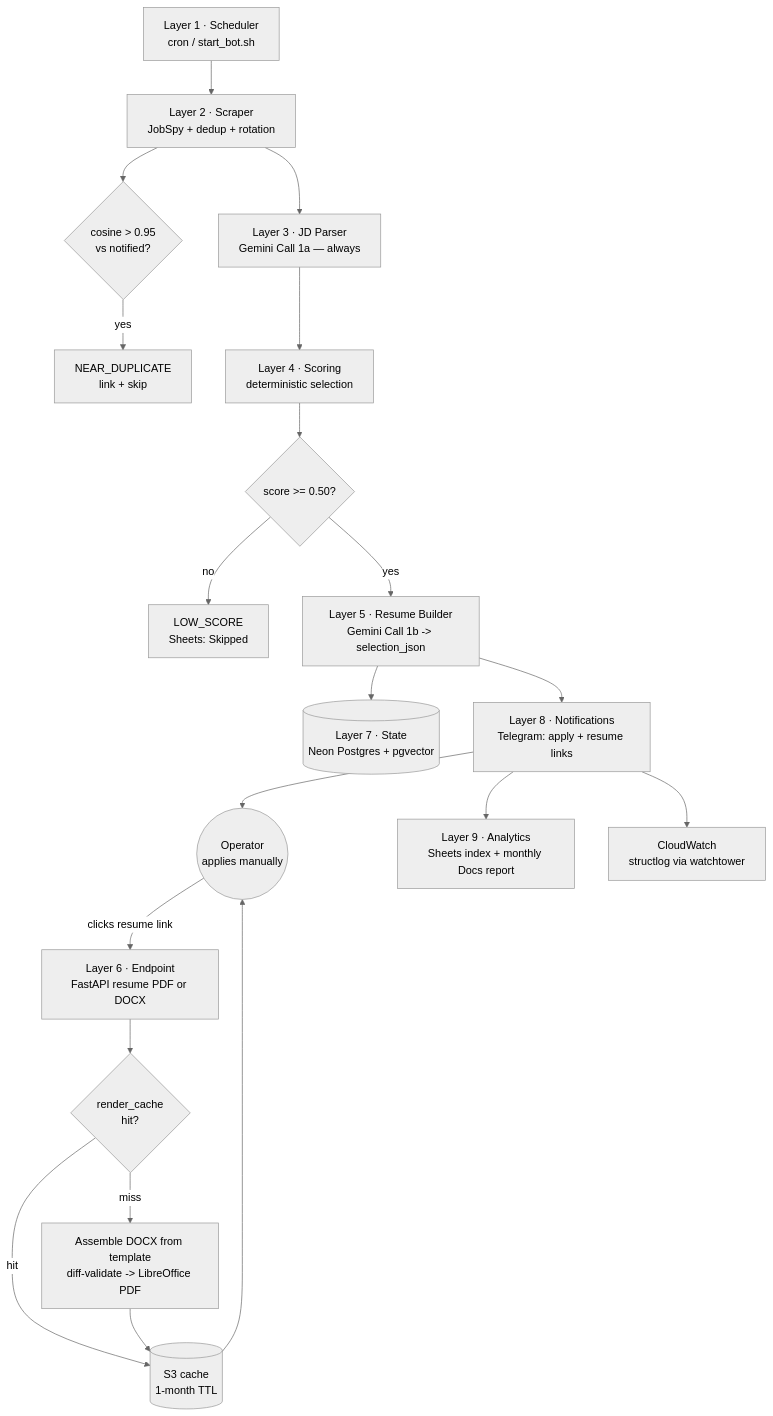
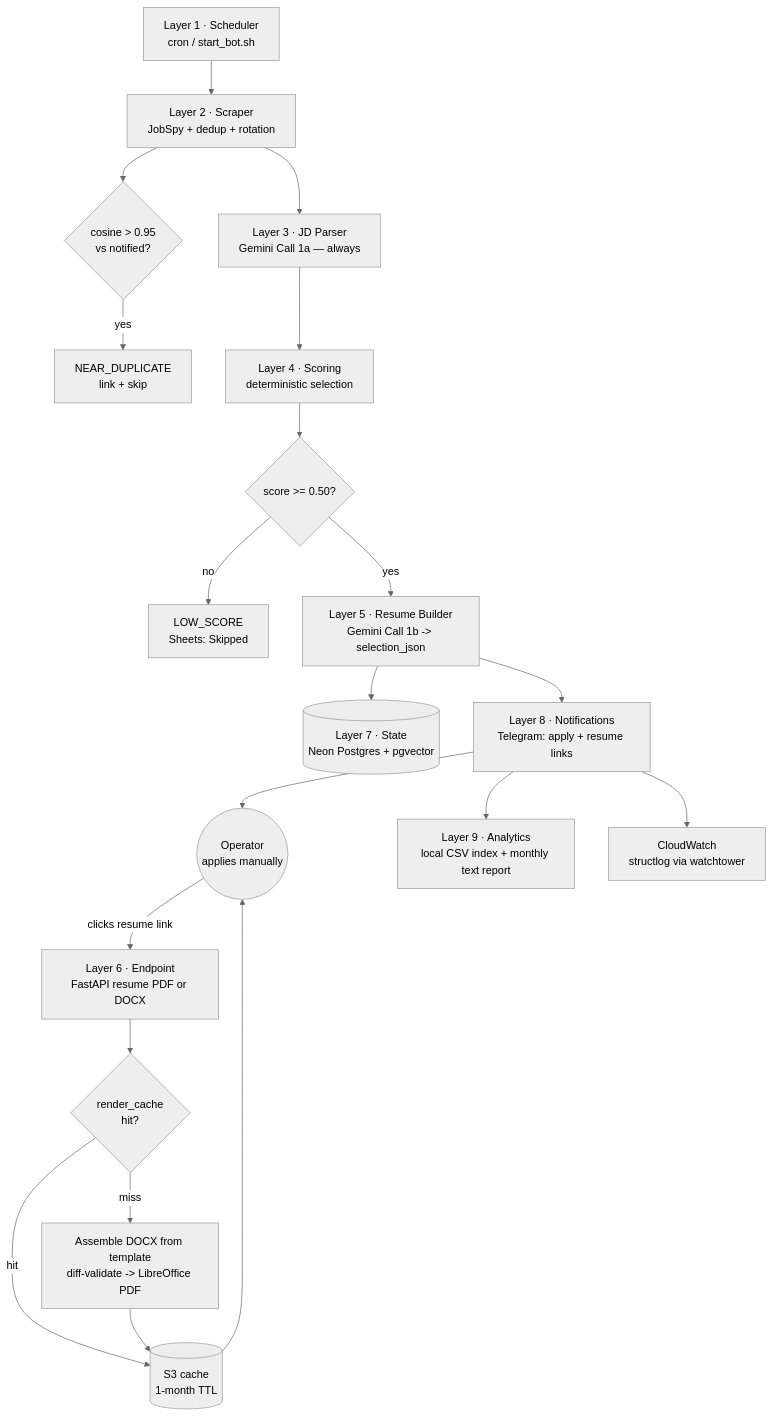
The diagram in README.md (VishnujanNarayanan/Job_Application_Bot), drawn with Mermaid (neutral theme) before and after one commit. The commit also changed other lines of this file, not shown here.

````diff
--- a/README.md
+++ b/README.md
@@ -117,29 +136,29 @@
 ```mermaid
 flowchart TB
     L1["Layer 1 · Scheduler<br/>cron / start_bot.sh"] --> L2
 
     L2["Layer 2 · Scraper<br/>JobSpy + dedup + rotation"] --> L3
     L2 --> DEDUP{"cosine > 0.95<br/>vs notified?"}
     DEDUP -->|yes| ND["NEAR_DUPLICATE<br/>link + skip"]
 
     L3["Layer 3 · JD Parser<br/>Gemini Call 1a — always"] --> L4
     L4["Layer 4 · Scoring<br/>deterministic selection"] --> GATE{"score >= 0.50?"}
     GATE -->|no| SKIP["LOW_SCORE<br/>Sheets: Skipped"]
     GATE -->|yes| L5
 
     L5["Layer 5 · Resume Builder<br/>Gemini Call 1b -> selection_json"] --> L7
     L7[("Layer 7 · State<br/>Neon Postgres + pgvector")]
     L5 --> L8
 
     L8["Layer 8 · Notifications<br/>Telegram: apply + resume links"] --> USER(("Operator<br/>applies manually"))
     USER -->|clicks resume link| L6
 
     L6["Layer 6 · Endpoint<br/>FastAPI resume PDF or DOCX"] --> CACHE{"render_cache<br/>hit?"}
     CACHE -->|hit| S3[("S3 cache<br/>1-month TTL")]
     CACHE -->|miss| ASM["Assemble DOCX from template<br/>diff-validate -> LibreOffice PDF"]
     ASM --> S3
     S3 --> USER
 
-    L8 --> L9["Layer 9 · Analytics<br/>Sheets index + monthly Docs report"]
+    L8 --> L9["Layer 9 · Analytics<br/>local CSV index + monthly text report"]
     L8 --> CW["CloudWatch<br/>structlog via watchtower"]
 ```
````
